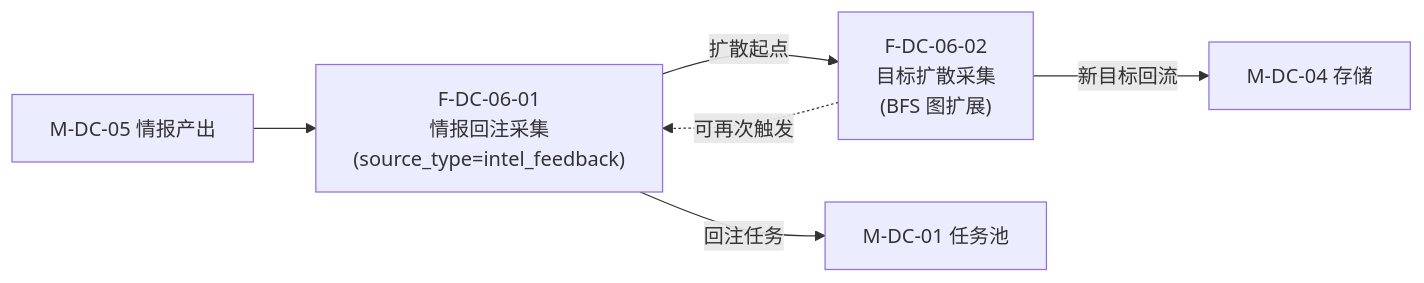
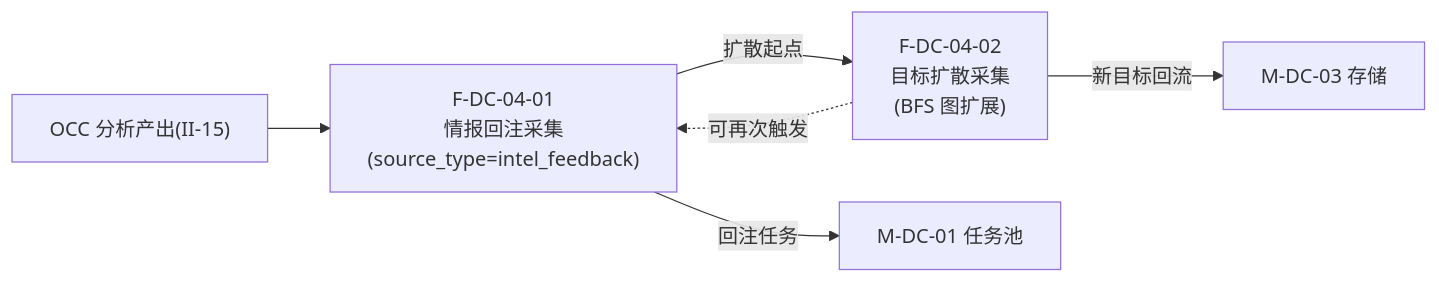
Before and after one commit to Sj-g/obsidian: the sixth of 45 diagrams in 公司项目/认知作战/文档/软件概要设计-架构图.md, drawn with Mermaid. The commit also changed other lines of this file and 4 other files, not shown here.

````diff
--- a/公司项目/认知作战/文档/软件概要设计-架构图.md
+++ b/公司项目/认知作战/文档/软件概要设计-架构图.md
@@ -253,11 +142,11 @@
 ```mermaid
 flowchart LR
-    F0601["F-DC-06-01<br/>情报回注采集<br/>(source_type=intel_feedback)"]
-    F0602["F-DC-06-02<br/>目标扩散采集<br/>(BFS 图扩展)"]
+    F0401["F-DC-04-01<br/>情报回注采集<br/>(source_type=intel_feedback)"]
+    F0402["F-DC-04-02<br/>目标扩散采集<br/>(BFS 图扩展)"]
 
-    EXT["M-DC-05 情报产出"] --> F0601
-    F0601 -->|"回注任务"| EXT2["M-DC-01 任务池"]
-    F0601 -->|"扩散起点"| F0602
-    F0602 -->|"新目标回流"| EXT3["M-DC-04 存储"]
-    F0602 -.->|"可再次触发"| F0601
+    EXT["OCC 分析产出(II-15)"] --> F0401
+    F0401 -->|"回注任务"| EXT2["M-DC-01 任务池"]
+    F0401 -->|"扩散起点"| F0402
+    F0402 -->|"新目标回流"| EXT3["M-DC-03 存储"]
+    F0402 -.->|"可再次触发"| F0401
 ```
````
